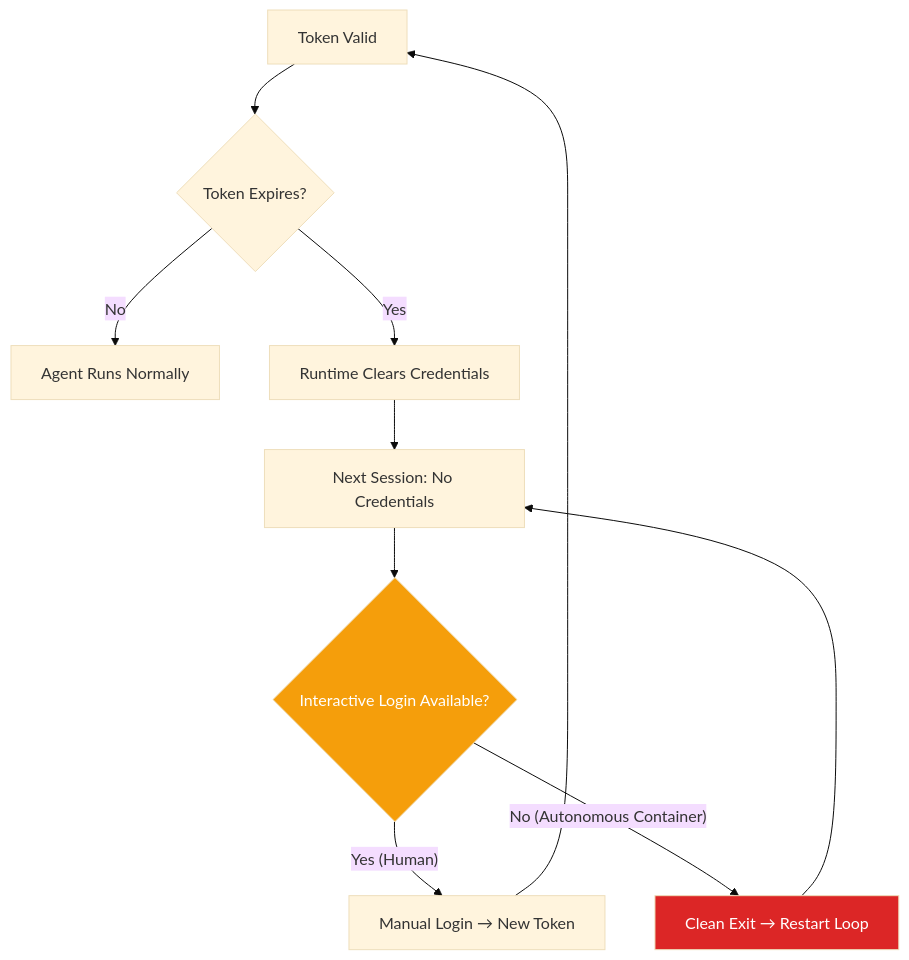
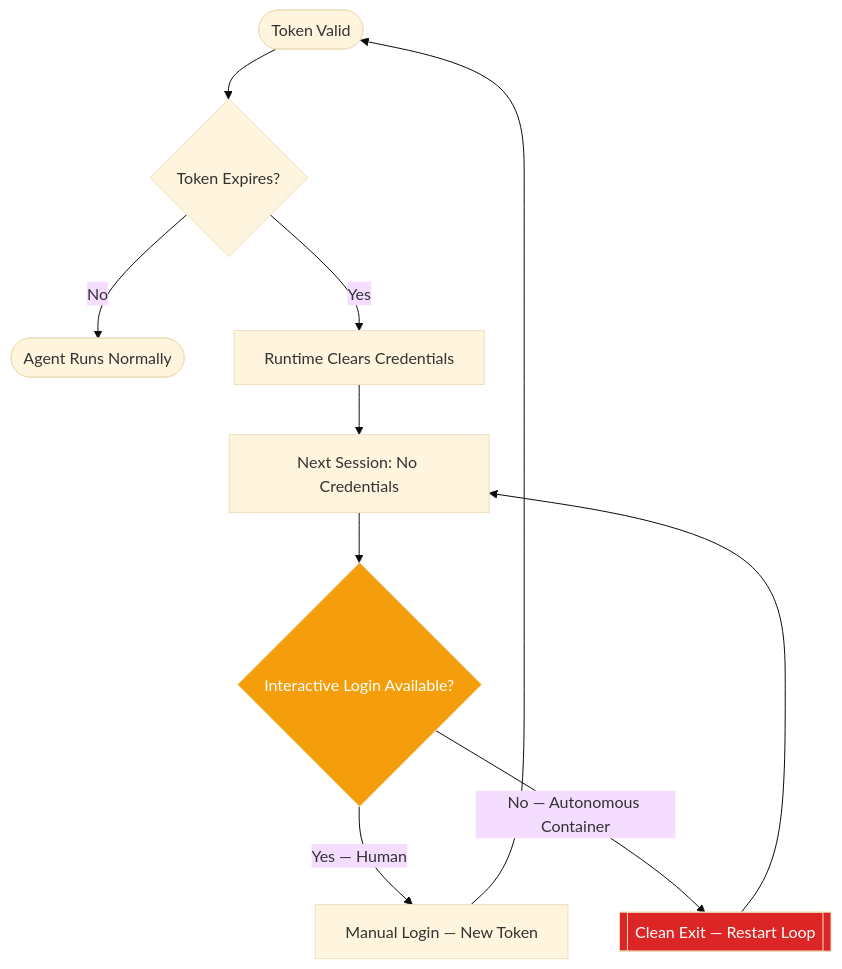
One commit to CyberdaemonAI/cyberdaemon-site changed the third of 3 diagrams in src/content/build-logs/b0b-first-fleet.mdx. Above: the diagram before and after it, drawn with Mermaid (base theme). The commit also changed other lines of this file and 23 other files, not shown here.

First line of the commit message:
style(diagrams): retrofit all mermaid diagrams to flowchart syntax site-wide

````diff
--- a/src/content/build-logs/b0b-first-fleet.mdx
+++ b/src/content/build-logs/b0b-first-fleet.mdx
@@ -299,15 +295,15 @@
 ```mermaid
-graph TD
-    A["Token Valid"] --> B{"Token Expires?"}
-    B -->|"No"| C["Agent Runs Normally"]
-    B -->|"Yes"| D["Runtime Clears Credentials"]
-    D --> E["Next Session: No Credentials"]
-    E --> F{"Interactive Login Available?"}
-    F -->|"Yes (Human)"| G["Manual Login → New Token"]
-    F -->|"No (Autonomous Container)"| H["Clean Exit → Restart Loop"]
+flowchart TD
+    A([Token Valid]) --> B{Token Expires?}
+    B -->|No| C([Agent Runs Normally])
+    B -->|Yes| D[Runtime Clears Credentials]
+    D --> E[Next Session: No Credentials]
+    E --> F{Interactive Login Available?}
+    F -->|Yes — Human| G[Manual Login — New Token]
+    F -->|No — Autonomous Container| H[[Clean Exit — Restart Loop]]
     H --> E
     G --> A
 
     style H fill:#dc2626,color:#fff
     style F fill:#f59e0b,color:#fff
 ```
````
